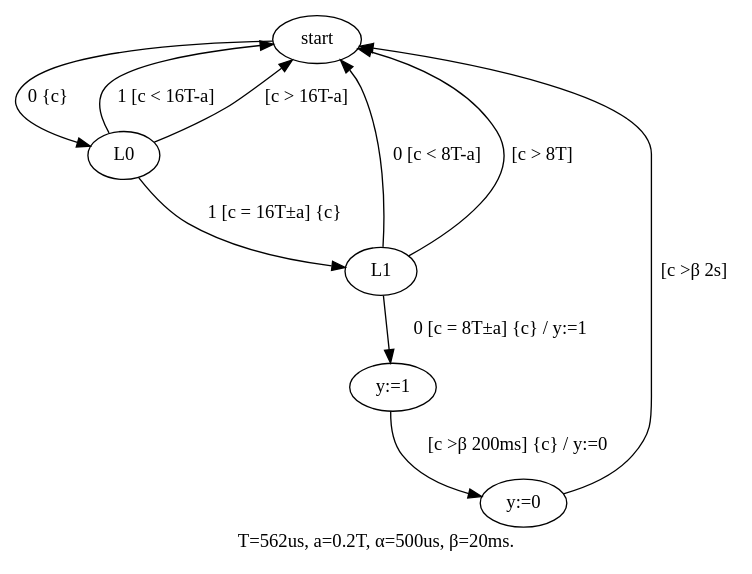
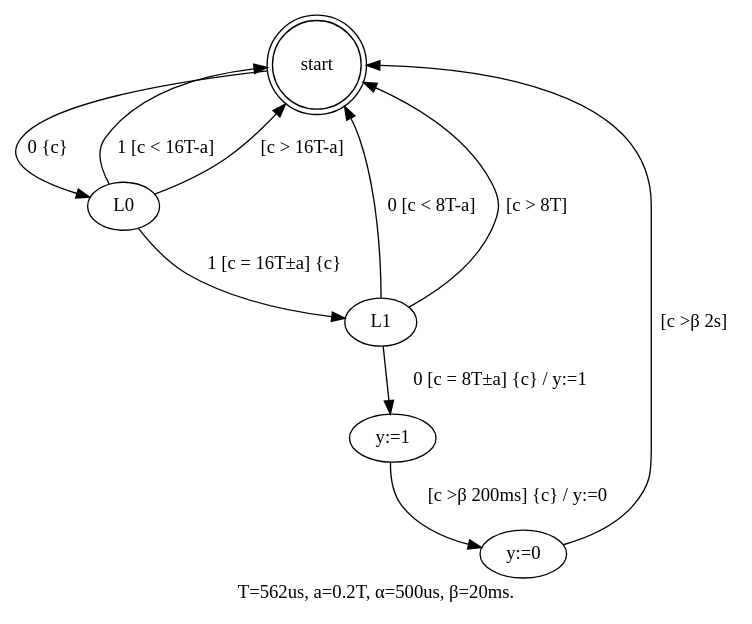
Before and after one commit to ikuo/tathdl: the diagram in examples/ir2solenoid/src/fsm.dot, drawn with Graphviz. The commit also changed 2 other files, not shown here.

Commit message:
Allow doublecircle

```diff
--- a/examples/ir2solenoid/src/fsm.dot
+++ b/examples/ir2solenoid/src/fsm.dot
@@ -1,17 +1,17 @@
 digraph Fsm1 {
     graph [label = "T=562us, a=0.2T, α=500us, β=20ms."]
-    0  [label = "start"];
+    0  [label = "start", shape = doublecircle];
     L0;
     L1;
     Y1 [label = "y:=1"];
     Y2 [label = "y:=0"];
      0 -> L0 [label = "0 {c}"]
     L0 ->  0 [label = "1 [c < 16T-a]"]
     L0 -> L1 [label = "1 [c = 16T±a] {c}"]
     L0 ->  0 [label = "[c > 16T-a]"]
     L1 ->  0 [label = "0 [c < 8T-a]"]
     L1 -> Y1 [label = "0 [c = 8T±a] {c} / y:=1"]
     L1 ->  0 [label = "[c > 8T]"]
     Y1 -> Y2 [label = "[c >β 200ms] {c} / y:=0"]
     Y2 ->  0 [label = "[c >β 2s]"]
 }
```
